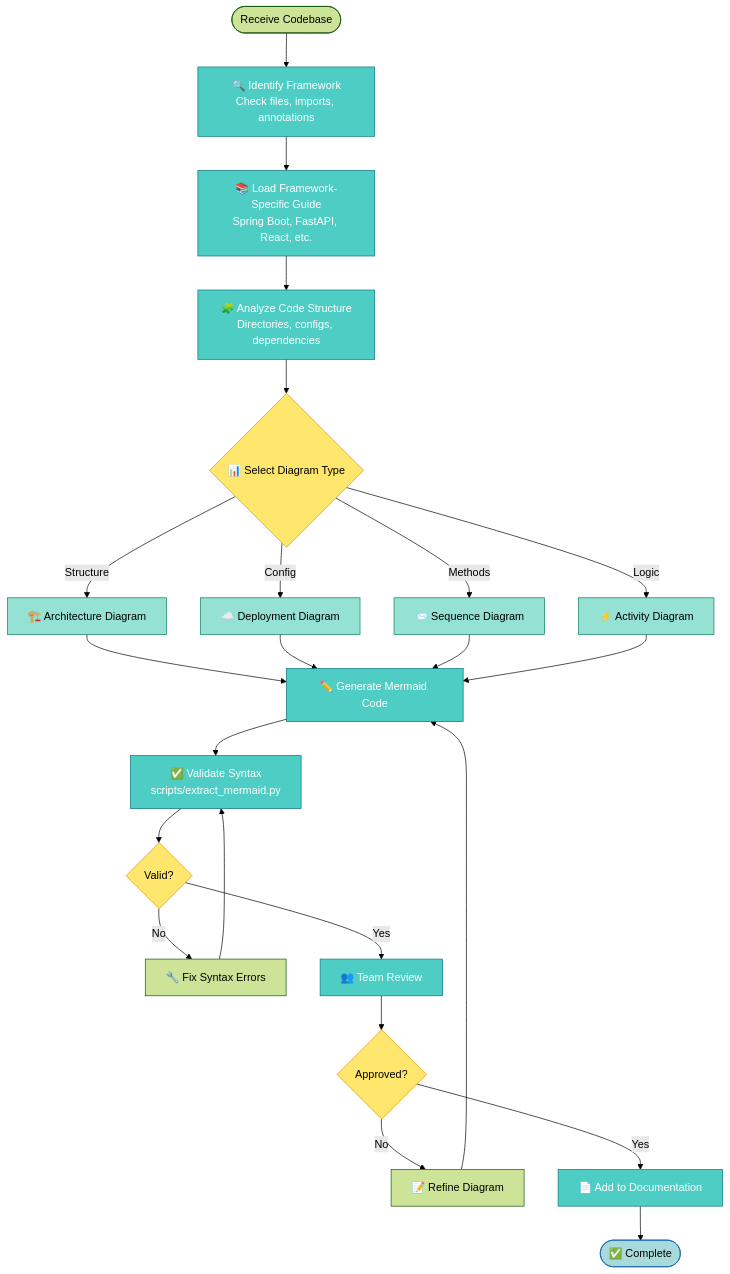
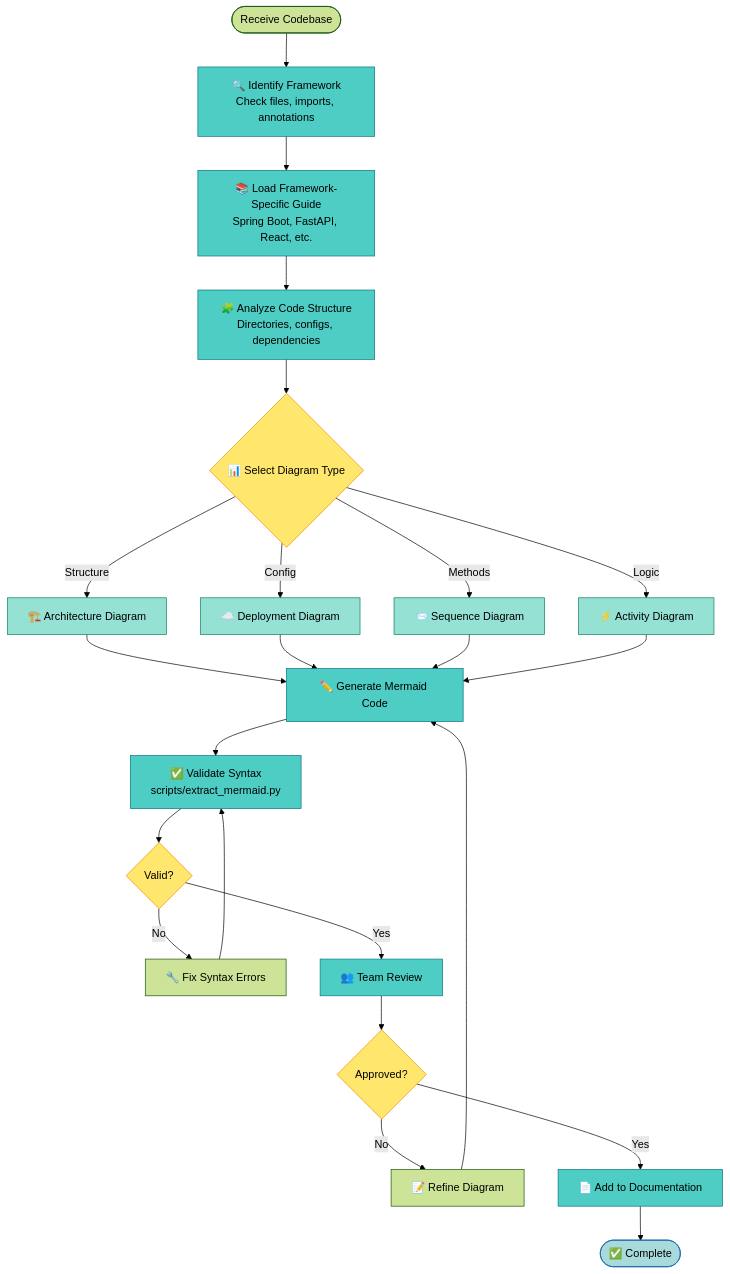
Before and after one commit to wienans/example-repo: diagram 15 of 15 in .agents/skills/mermaid-architect/references/guides/code-to-diagram/README.md, drawn with Mermaid (forest theme). The commit also changed other lines of this file and 58 other files, not shown here.

First line of the commit message:
feat(skills): merge mastery-of-mermaid into mermaid-architect

````diff
--- a/.agents/skills/mermaid-architect/references/guides/code-to-diagram/README.md
+++ b/.agents/skills/mermaid-architect/references/guides/code-to-diagram/README.md
@@ -791,45 +791,45 @@
 ```mermaid
 flowchart TD
     Start([Receive Codebase]) --> Identify[🔍 Identify Framework<br/>Check files, imports, annotations]
 
     Identify --> LoadGuide[📚 Load Framework-Specific Guide<br/>Spring Boot, FastAPI, React, etc.]
 
     LoadGuide --> Analyze[🧩 Analyze Code Structure<br/>Directories, configs, dependencies]
 
     Analyze --> SelectDiagram{📊 Select Diagram Type}
 
     SelectDiagram -->|Structure| ArchDiagram[🏗️ Architecture Diagram]
     SelectDiagram -->|Config| DeployDiagram[☁️ Deployment Diagram]
     SelectDiagram -->|Methods| SeqDiagram[📨 Sequence Diagram]
     SelectDiagram -->|Logic| ActDiagram[⚡ Activity Diagram]
 
     ArchDiagram --> Generate[✏️ Generate Mermaid Code]
     DeployDiagram --> Generate
     SeqDiagram --> Generate
     ActDiagram --> Generate
 
     Generate --> Validate[✅ Validate Syntax<br/>scripts/extract_mermaid.py]
 
     Validate --> Valid{Valid?}
     Valid -->|No| Fix[🔧 Fix Syntax Errors]
     Fix --> Validate
 
     Valid -->|Yes| Review[👥 Team Review]
 
     Review --> Approved{Approved?}
     Approved -->|No| Refine[📝 Refine Diagram]
     Refine --> Generate
 
     Approved -->|Yes| Document[📄 Add to Documentation]
     Document --> Done([✅ Complete])
 
-    classDef process fill:#4ECDC4,stroke:#0B7285,color:#fff
+    classDef process fill:#4ECDC4,stroke:#0B7285,color:#000
     classDef decision fill:#FFE66D,stroke:#F08C00,color:#000
     classDef diagram fill:#95E1D3,stroke:#087F5B,color:#000
     classDef done fill:#A8DADC,stroke:#1864AB,color:#000
 
     class Identify,LoadGuide,Analyze,Generate,Validate,Review,Document process
     class SelectDiagram,Valid,Approved decision
     class ArchDiagram,DeployDiagram,SeqDiagram,ActDiagram diagram
     class Done done
 ```
````
